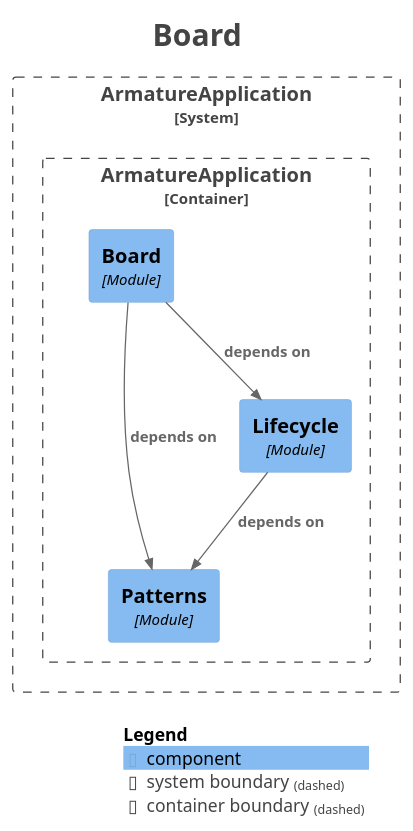
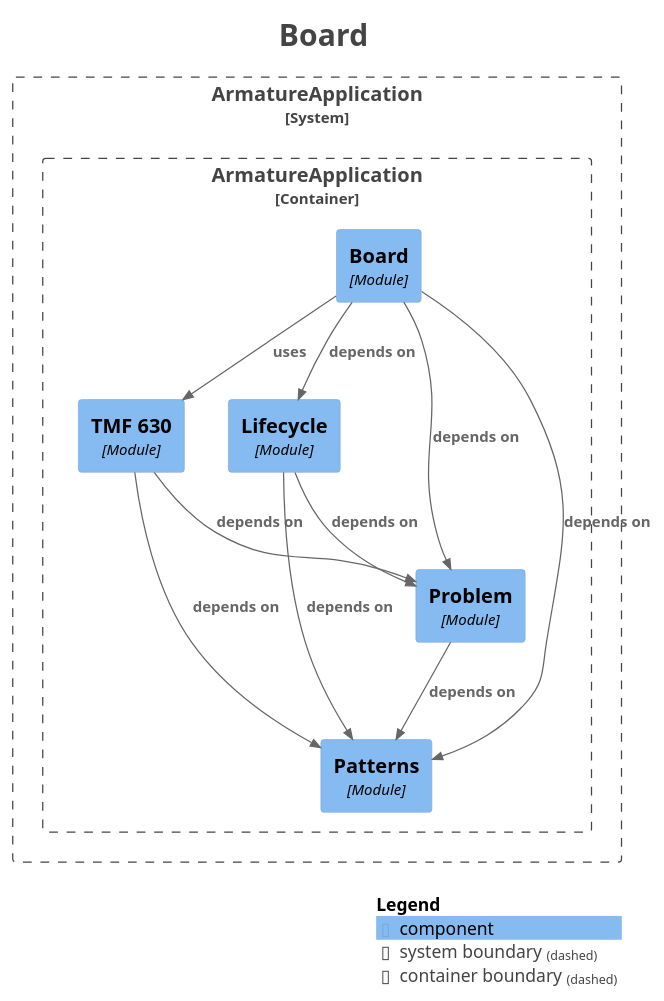
Before and after one commit to jayhamilton/armature: the diagram in docs/architecture/modules/module-board.puml, drawn with PlantUML. The commit also changed 41 other files, not shown here.

Commit message:
Document INC-01a: conformance, patterns, diagrams, skills, report

```diff
--- a/docs/architecture/modules/module-board.puml
+++ b/docs/architecture/modules/module-board.puml
@@ -1,33 +1,41 @@
 @startuml
 title <size:24>Board</size>
 
 set separator none
 top to bottom direction
 
 <style>
   root {
     BackgroundColor: #ffffff
     FontColor: #444444
   }
 </style>
 
 !include <C4/C4>
 !include <C4/C4_Context>
 !include <C4/C4_Component>
 
 System_Boundary("ArmatureApplication_boundary", "ArmatureApplication", $tags="") {
   Container_Boundary("ArmatureApplication.ArmatureApplication_boundary", "ArmatureApplication", $tags="") {
+    Component(ArmatureApplication.ArmatureApplication.Lifecycle, "Lifecycle", $techn="Module", $descr="", $tags="", $link="")
+    Component(ArmatureApplication.ArmatureApplication.TMF630, "TMF 630", $techn="Module", $descr="", $tags="", $link="")
+    Component(ArmatureApplication.ArmatureApplication.Board, "Board", $techn="Module", $descr="", $tags="", $link="")
     Component(ArmatureApplication.ArmatureApplication.Patterns, "Patterns", $techn="Module", $descr="", $tags="", $link="")
-    Component(ArmatureApplication.ArmatureApplication.Lifecycle, "Lifecycle", $techn="Module", $descr="", $tags="", $link="")
-    Component(ArmatureApplication.ArmatureApplication.Board, "Board", $techn="Module", $descr="", $tags="", $link="")
+    Component(ArmatureApplication.ArmatureApplication.Problem, "Problem", $techn="Module", $descr="", $tags="", $link="")
   }
 
 }
 
 Rel(ArmatureApplication.ArmatureApplication.Board, ArmatureApplication.ArmatureApplication.Lifecycle, "depends on", $techn="", $tags="", $link="")
 Rel(ArmatureApplication.ArmatureApplication.Board, ArmatureApplication.ArmatureApplication.Patterns, "depends on", $techn="", $tags="", $link="")
+Rel(ArmatureApplication.ArmatureApplication.Board, ArmatureApplication.ArmatureApplication.Problem, "depends on", $techn="", $tags="", $link="")
+Rel(ArmatureApplication.ArmatureApplication.Board, ArmatureApplication.ArmatureApplication.TMF630, "uses", $techn="", $tags="", $link="")
 Rel(ArmatureApplication.ArmatureApplication.Lifecycle, ArmatureApplication.ArmatureApplication.Patterns, "depends on", $techn="", $tags="", $link="")
+Rel(ArmatureApplication.ArmatureApplication.Lifecycle, ArmatureApplication.ArmatureApplication.Problem, "depends on", $techn="", $tags="", $link="")
+Rel(ArmatureApplication.ArmatureApplication.Problem, ArmatureApplication.ArmatureApplication.Patterns, "depends on", $techn="", $tags="", $link="")
+Rel(ArmatureApplication.ArmatureApplication.TMF630, ArmatureApplication.ArmatureApplication.Patterns, "depends on", $techn="", $tags="", $link="")
+Rel(ArmatureApplication.ArmatureApplication.TMF630, ArmatureApplication.ArmatureApplication.Problem, "depends on", $techn="", $tags="", $link="")
 
 SHOW_LEGEND(true)
 hide stereotypes
 @enduml
```
